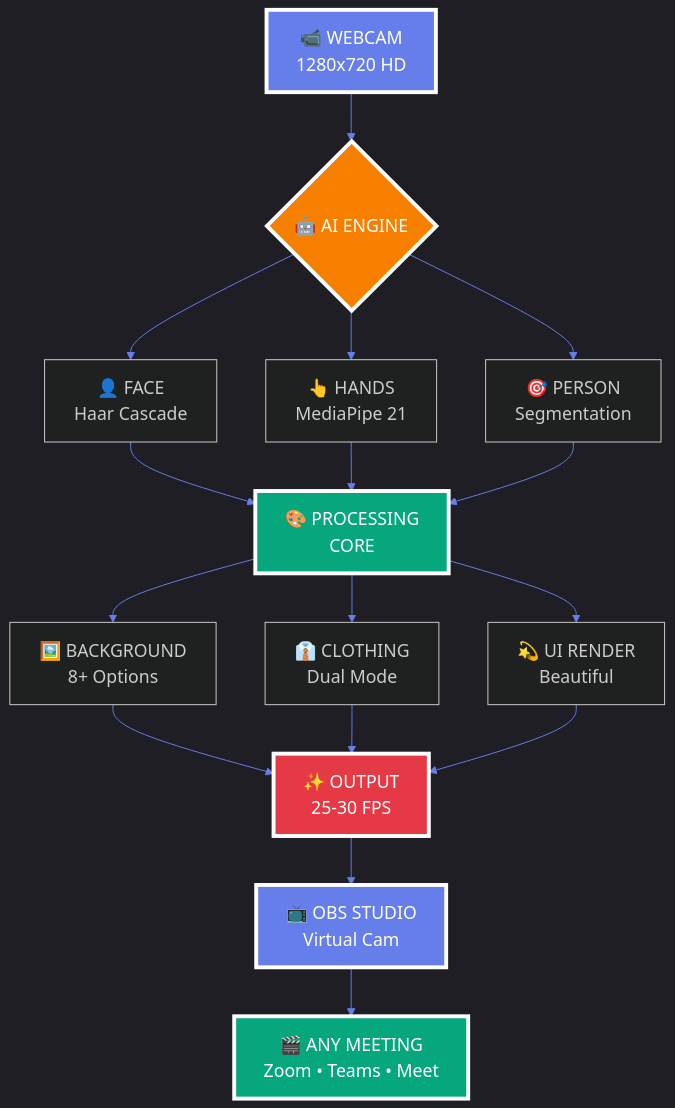
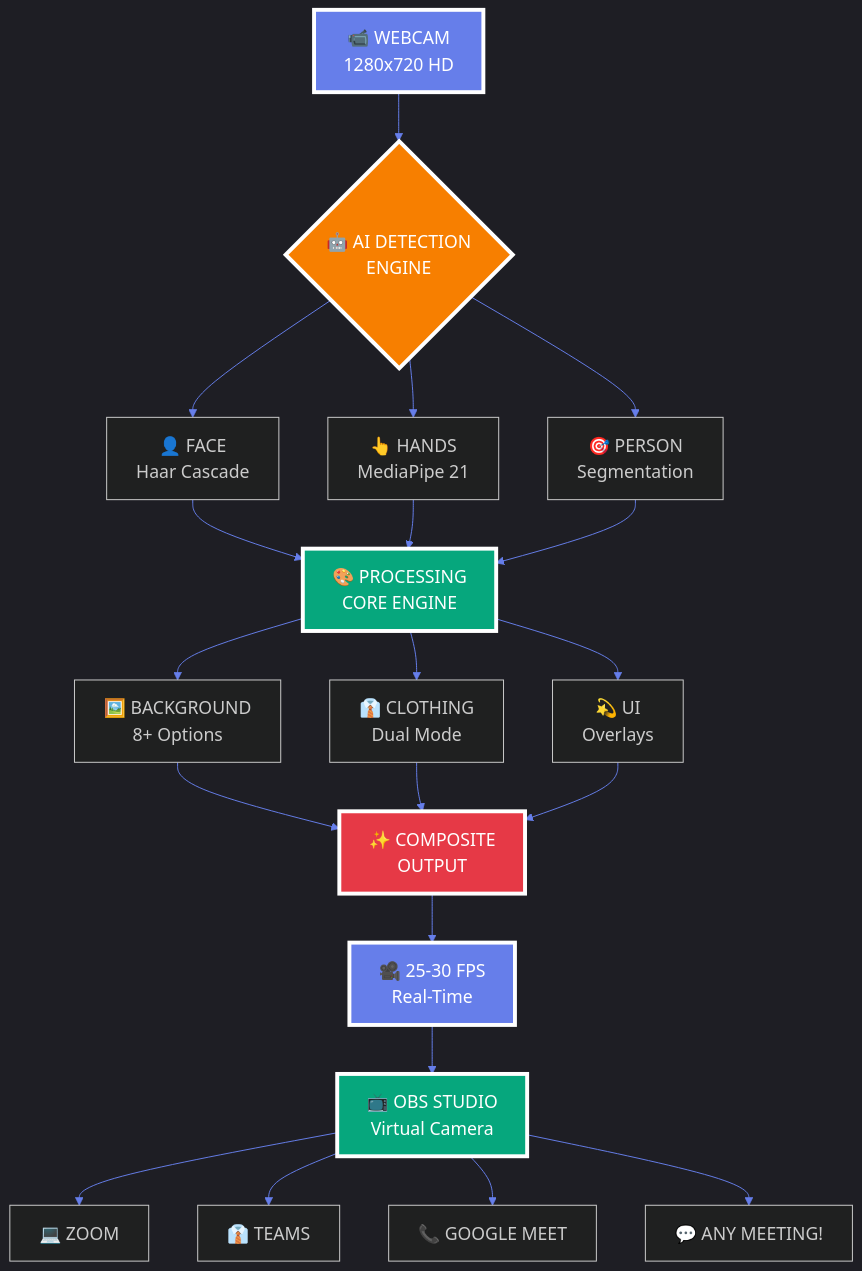
The second of 3 diagrams in readme.md (alam025/AI_Professional_Makeover), drawn with Mermaid before and after one commit. The commit also changed other lines of this file, not shown here.

````diff
--- a/readme.md
+++ b/readme.md
@@ -598,31 +664,36 @@
 ```mermaid
 %%{init: {'theme':'dark', 'themeVariables': { 'primaryColor':'#667EEA','secondaryColor':'#F77F00','tertiaryColor':'#06A77D','lineColor':'#667EEA','fontSize':'18px'}}}%%
 graph TB
-    A[📹 WEBCAM<br/>1280x720 HD] --> B{🤖 AI ENGINE}
+    A[📹 WEBCAM<br/>1280x720 HD] --> B{🤖 AI DETECTION<br/>ENGINE}
     
     B --> C[👤 FACE<br/>Haar Cascade]
     B --> D[👆 HANDS<br/>MediaPipe 21]
     B --> E[🎯 PERSON<br/>Segmentation]
     
-    C --> F[🎨 PROCESSING<br/>CORE]
+    C --> F[🎨 PROCESSING<br/>CORE ENGINE]
     D --> F
     E --> F
     
     F --> G[🖼️ BACKGROUND<br/>8+ Options]
     F --> H[👔 CLOTHING<br/>Dual Mode]
-    F --> I[💫 UI RENDER<br/>Beautiful]
+    F --> I[💫 UI<br/>Overlays]
     
-    G --> J[✨ OUTPUT<br/>25-30 FPS]
+    G --> J[✨ COMPOSITE<br/>OUTPUT]
     H --> J
     I --> J
     
-    J --> K[📺 OBS STUDIO<br/>Virtual Cam]
-    K --> L[🎬 ANY MEETING<br/>Zoom • Teams • Meet]
+    J --> K[🎥 25-30 FPS<br/>Real-Time]
+    
+    K --> L[📺 OBS STUDIO<br/>Virtual Camera]
+    L --> M[💻 ZOOM]
+    L --> N[👔 TEAMS]
+    L --> O[📞 GOOGLE MEET]
+    L --> P[💬 ANY MEETING!]
     
     style A fill:#667EEA,stroke:#fff,stroke-width:4px,color:#fff
     style B fill:#F77F00,stroke:#fff,stroke-width:4px,color:#fff
     style F fill:#06A77D,stroke:#fff,stroke-width:4px,color:#fff
     style J fill:#E63946,stroke:#fff,stroke-width:4px,color:#fff
     style K fill:#667EEA,stroke:#fff,stroke-width:4px,color:#fff
     style L fill:#06A77D,stroke:#fff,stroke-width:4px,color:#fff
 ```
````
